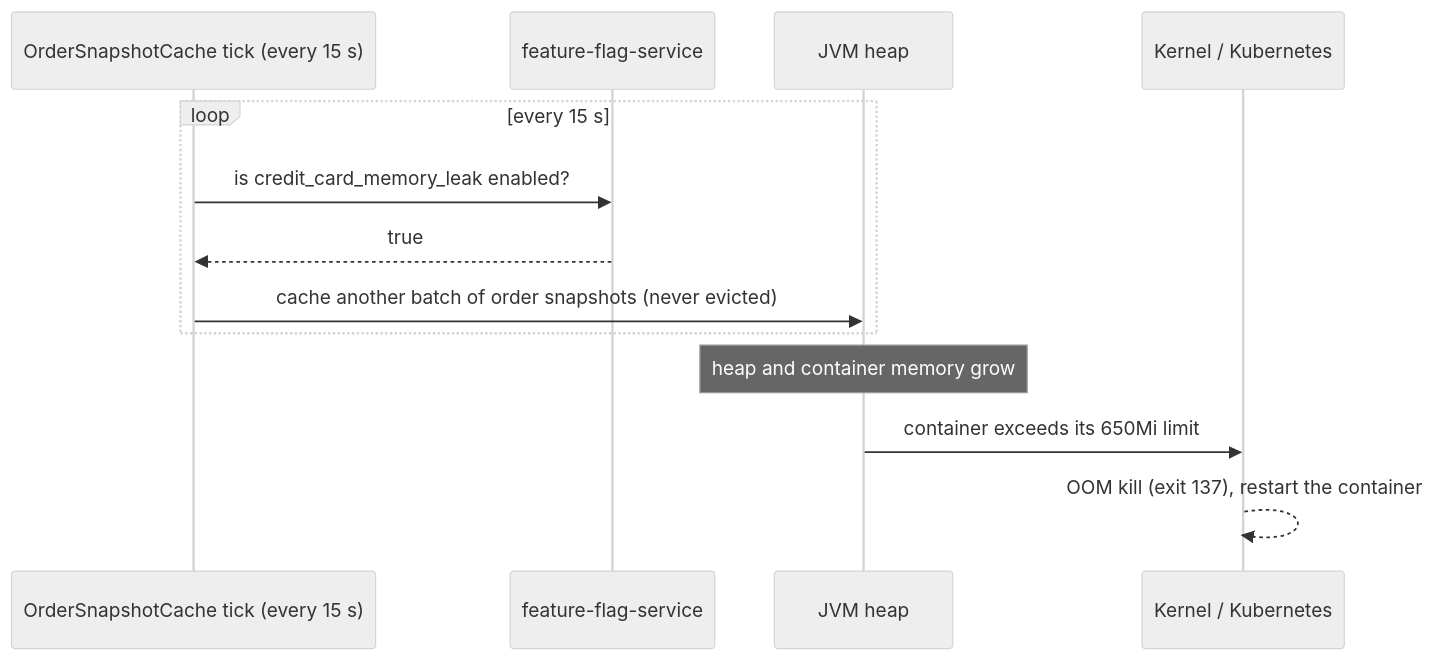
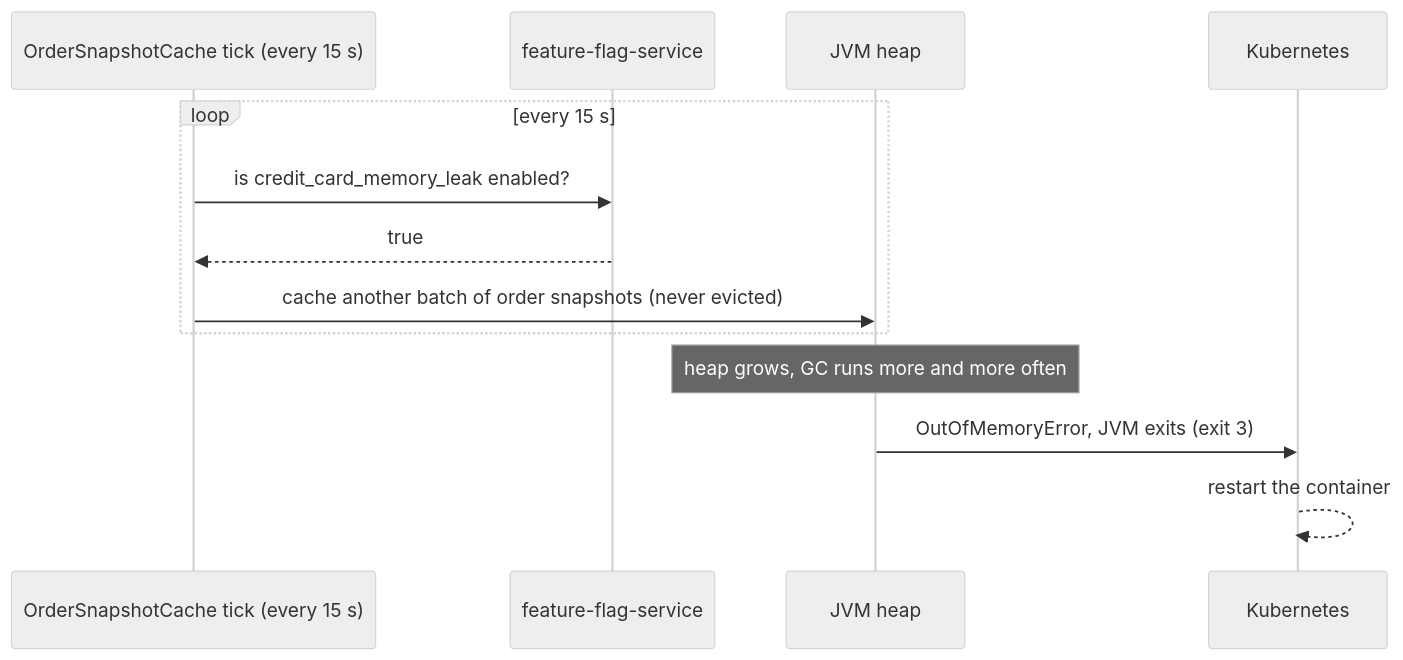
Before and after one commit to Dynatrace/easytrade: the diagram in docs/problem-patterns/credit-card-memory-leak.md, drawn with Mermaid (neutral theme). The commit also changed other lines of this file and 6 other files, not shown here.

First line of the commit message:
fix(credit-card-order-service): size the heap like production for credit_card_memory_leak

````diff
--- a/docs/problem-patterns/credit-card-memory-leak.md
+++ b/docs/problem-patterns/credit-card-memory-leak.md
@@ -26,16 +27,16 @@
 ```mermaid
 sequenceDiagram
     participant T as OrderSnapshotCache tick (every 15 s)
     participant F as feature-flag-service
     participant H as JVM heap
-    participant K as Kernel / Kubernetes
+    participant K as Kubernetes
 
     loop every 15 s
         T->>F: is credit_card_memory_leak enabled?
         F-->>T: true
         T->>H: cache another batch of order snapshots (never evicted)
     end
-    Note over H: heap and container memory grow
-    H->>K: container exceeds its 650Mi limit
-    K-->>K: OOM kill (exit 137), restart the container
+    Note over H: heap grows, GC runs more and more often
+    H->>K: OutOfMemoryError, JVM exits (exit 3)
+    K-->>K: restart the container
 ```
````
